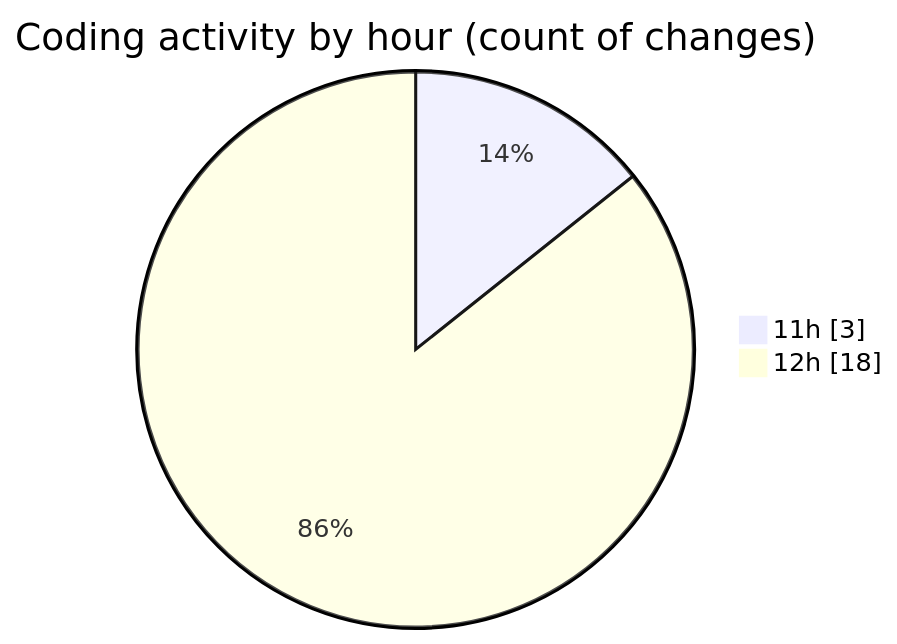
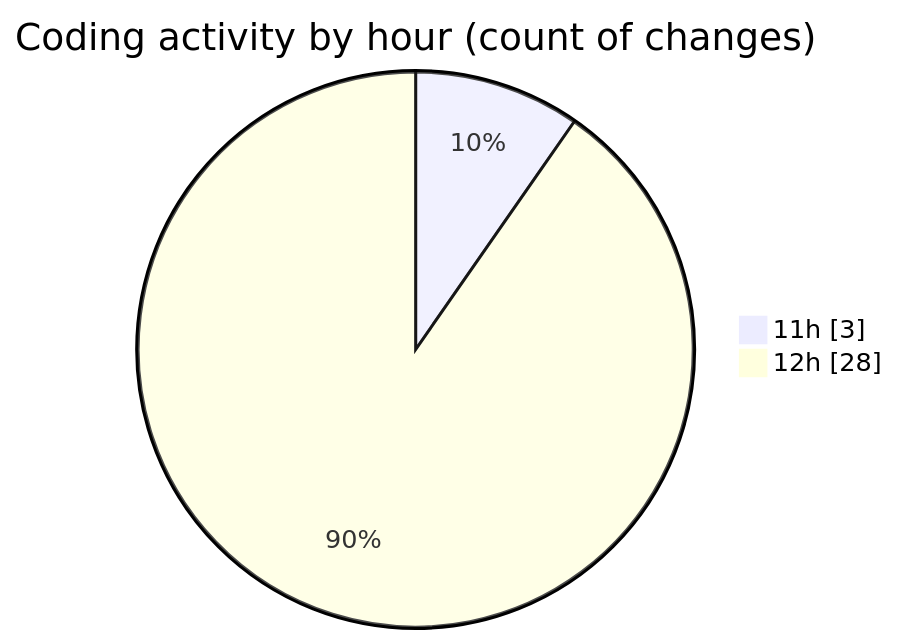
The second of 2 diagrams in 2025-11-03/nxtqube_webapp/README.md (nxtqubesakshisongat/code-tracking), drawn with Mermaid before and after one commit. The commit also changed other lines of this file and 1 other file, not shown here.

````diff
--- a/2025-11-03/nxtqube_webapp/README.md
+++ b/2025-11-03/nxtqube_webapp/README.md
@@ -35,6 +37,6 @@
 ```mermaid
 pie showData
 title Coding activity by hour (count of changes)
 "11h" : 3
-"12h" : 18
+"12h" : 28
 ```
````
